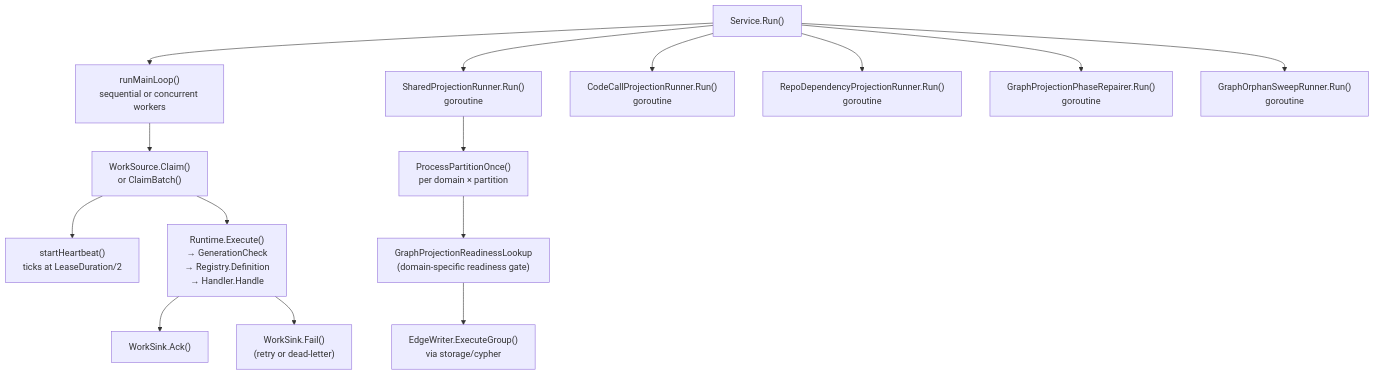
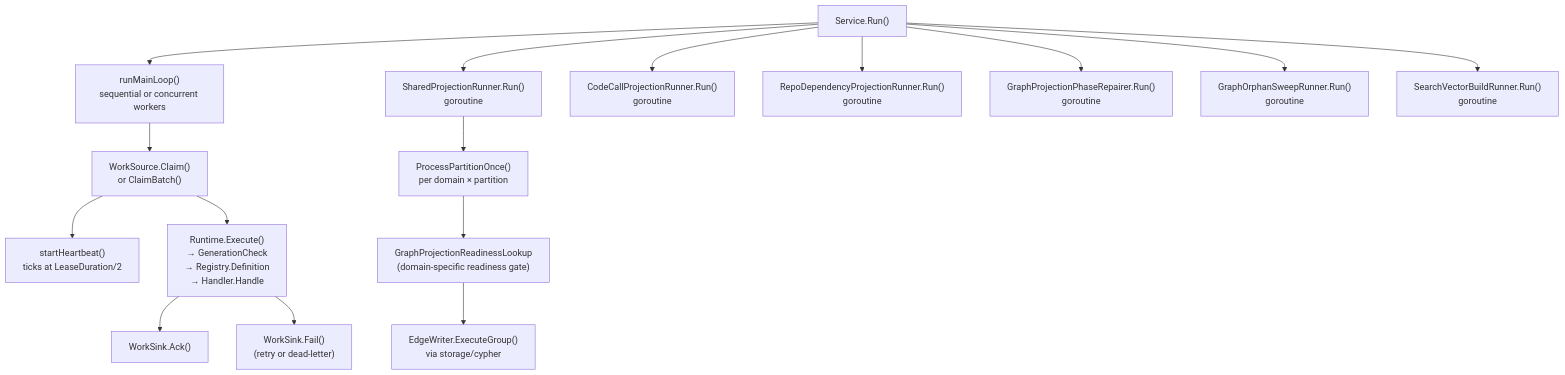
The second of 2 diagrams in go/internal/reducer/README.md (eshu-hq/eshu), drawn with Mermaid before and after one commit. The commit also changed other lines of this file and 18 other files, not shown here.

Commit message:
Add reducer local vector build runner

````diff
--- a/go/internal/reducer/README.md
+++ b/go/internal/reducer/README.md
@@ -43,17 +43,18 @@
 ```mermaid
 flowchart TB
   Service["Service.Run()"] --> MainLoop["runMainLoop()\nsequential or concurrent workers"]
   MainLoop --> Claim["WorkSource.Claim()\nor ClaimBatch()"]
   Claim --> Heartbeat["startHeartbeat()\nticks at LeaseDuration/2"]
   Claim --> Execute["Runtime.Execute()\n→ GenerationCheck\n→ Registry.Definition\n→ Handler.Handle"]
   Execute --> Ack["WorkSink.Ack()"]
   Execute --> Fail["WorkSink.Fail()\n(retry or dead-letter)"]
   Service --> SPR["SharedProjectionRunner.Run()\ngoroutine"]
   Service --> CCPR["CodeCallProjectionRunner.Run()\ngoroutine"]
   Service --> RDPR["RepoDependencyProjectionRunner.Run()\ngoroutine"]
   Service --> Repair["GraphProjectionPhaseRepairer.Run()\ngoroutine"]
   Service --> Orphans["GraphOrphanSweepRunner.Run()\ngoroutine"]
+  Service --> SearchVectors["SearchVectorBuildRunner.Run()\ngoroutine"]
   SPR --> ProcessPartition["ProcessPartitionOnce()\nper domain × partition"]
   ProcessPartition --> ReadinessGate["GraphProjectionReadinessLookup\n(domain-specific readiness gate)"]
   ReadinessGate --> EdgeWriter["EdgeWriter.ExecuteGroup()\nvia storage/cypher"]
 ```
````
